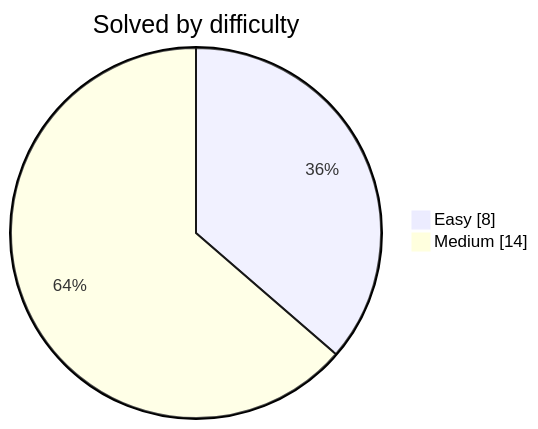
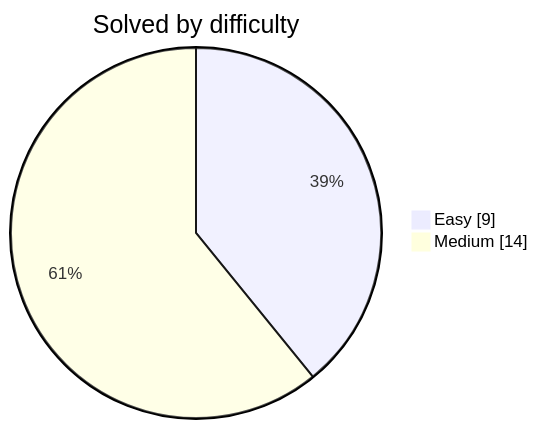
One commit to DwijeshD/leetcode-solutions changed the diagram in README.md. Above: the diagram before and after it, drawn with Mermaid. The commit also changed other lines of this file and 2 other files, not shown here.

````diff
--- a/README.md
+++ b/README.md
@@ -31,6 +31,6 @@
 ```mermaid
 pie showData
     title Solved by difficulty
-    "Easy" : 8
+    "Easy" : 9
     "Medium" : 14
 ```
````
